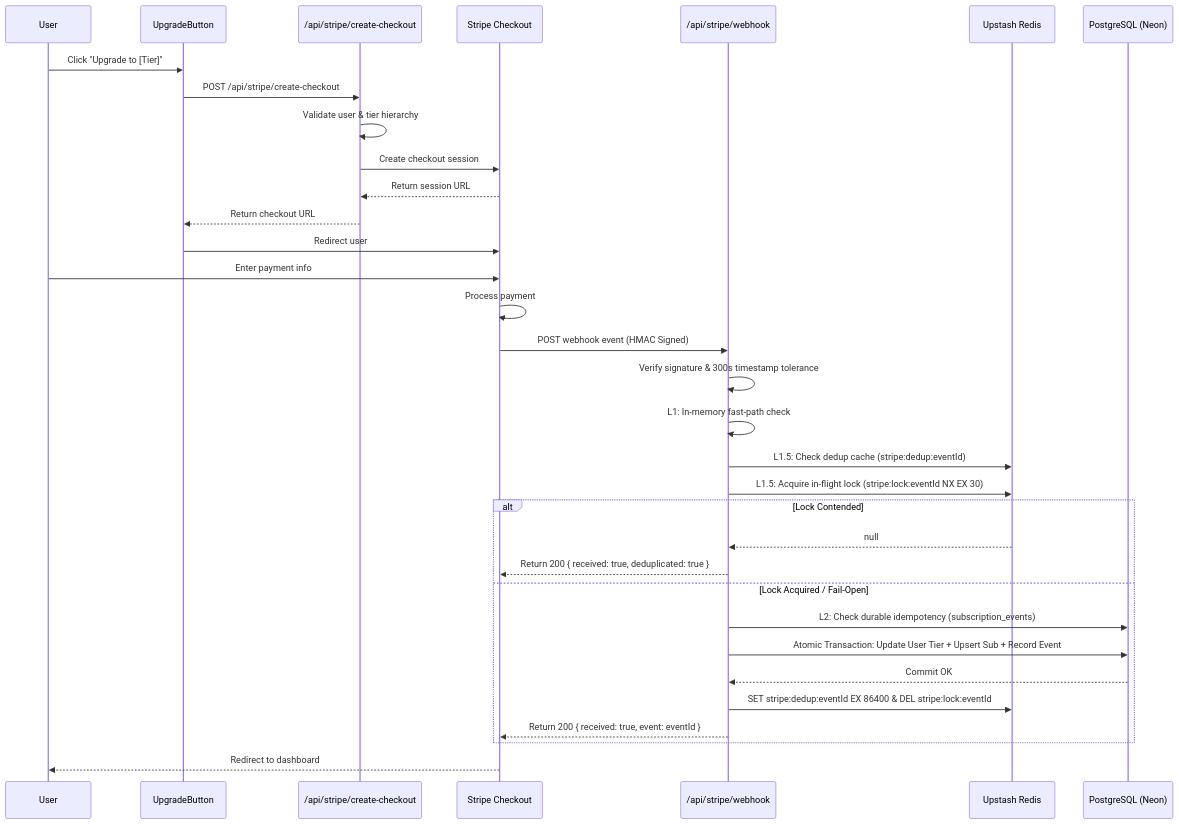
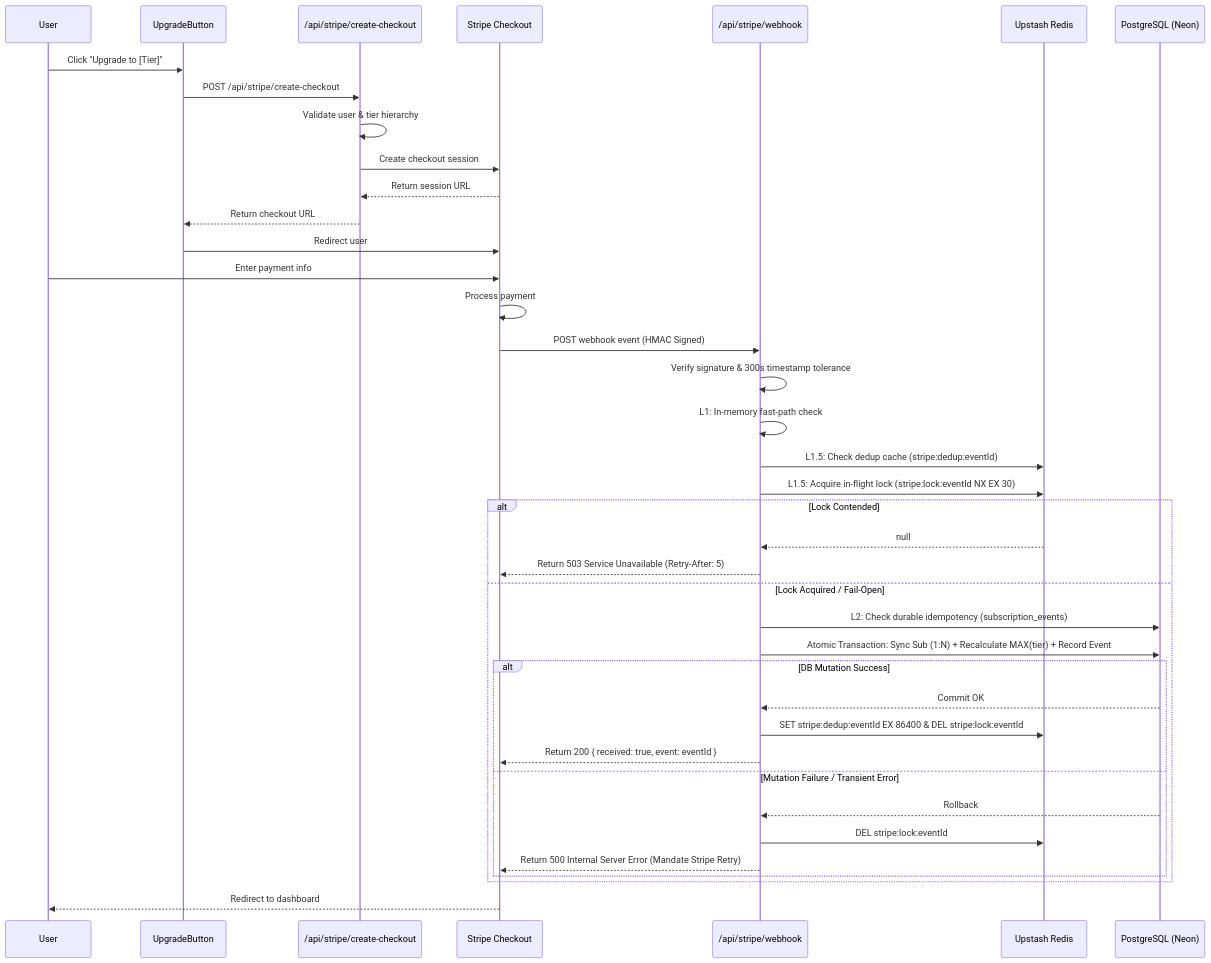
The diagram in docs/guides/billing/stripe-integration.md (Abdullah931-stack/LUGX), drawn with Mermaid before and after one commit. The commit also changed other lines of this file and 12 other files, not shown here.

````diff
--- a/docs/guides/billing/stripe-integration.md
+++ b/docs/guides/billing/stripe-integration.md
@@ -11,36 +11,42 @@
 ```mermaid
 sequenceDiagram
     participant User
     participant UpgradeButton
     participant CreateCheckoutAPI as /api/stripe/create-checkout
     participant StripeCheckout as Stripe Checkout
     participant StripeWebhook as /api/stripe/webhook
     participant Redis as Upstash Redis
     participant DB as PostgreSQL (Neon)
 
     User->>UpgradeButton: Click "Upgrade to [Tier]"
     UpgradeButton->>CreateCheckoutAPI: POST /api/stripe/create-checkout
     CreateCheckoutAPI->>CreateCheckoutAPI: Validate user & tier hierarchy
     CreateCheckoutAPI->>StripeCheckout: Create checkout session
     StripeCheckout-->>CreateCheckoutAPI: Return session URL
     CreateCheckoutAPI-->>UpgradeButton: Return checkout URL
     UpgradeButton->>StripeCheckout: Redirect user
     User->>StripeCheckout: Enter payment info
     StripeCheckout->>StripeCheckout: Process payment
     StripeCheckout->>StripeWebhook: POST webhook event (HMAC Signed)
     StripeWebhook->>StripeWebhook: Verify signature & 300s timestamp tolerance
     StripeWebhook->>StripeWebhook: L1: In-memory fast-path check
     StripeWebhook->>Redis: L1.5: Check dedup cache (stripe:dedup:eventId)
     StripeWebhook->>Redis: L1.5: Acquire in-flight lock (stripe:lock:eventId NX EX 30)
     alt Lock Contended
         Redis-->>StripeWebhook: null
-        StripeWebhook-->>StripeCheckout: Return 200 { received: true, deduplicated: true }
+        StripeWebhook-->>StripeCheckout: Return 503 Service Unavailable (Retry-After: 5)
     else Lock Acquired / Fail-Open
         StripeWebhook->>DB: L2: Check durable idempotency (subscription_events)
-        StripeWebhook->>DB: Atomic Transaction: Update User Tier + Upsert Sub + Record Event
-        DB-->>StripeWebhook: Commit OK
-        StripeWebhook->>Redis: SET stripe:dedup:eventId EX 86400 & DEL stripe:lock:eventId
-        StripeWebhook-->>StripeCheckout: Return 200 { received: true, event: eventId }
+        StripeWebhook->>DB: Atomic Transaction: Sync Sub (1:N) + Recalculate MAX(tier) + Record Event
+        alt DB Mutation Success
+            DB-->>StripeWebhook: Commit OK
+            StripeWebhook->>Redis: SET stripe:dedup:eventId EX 86400 & DEL stripe:lock:eventId
+            StripeWebhook-->>StripeCheckout: Return 200 { received: true, event: eventId }
+        else Mutation Failure / Transient Error
+            DB-->>StripeWebhook: Rollback
+            StripeWebhook->>Redis: DEL stripe:lock:eventId
+            StripeWebhook-->>StripeCheckout: Return 500 Internal Server Error (Mandate Stripe Retry)
+        end
     end
     StripeCheckout-->>User: Redirect to dashboard
 ```
````
